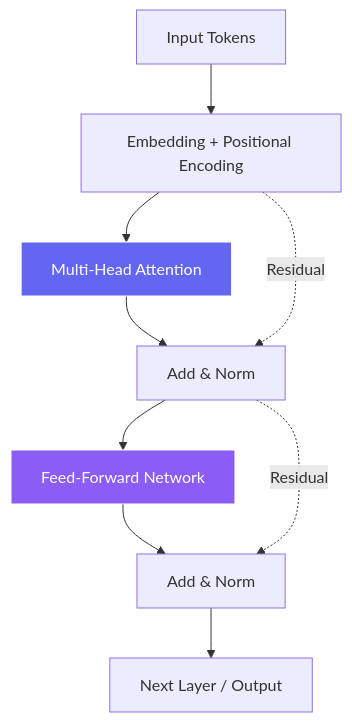
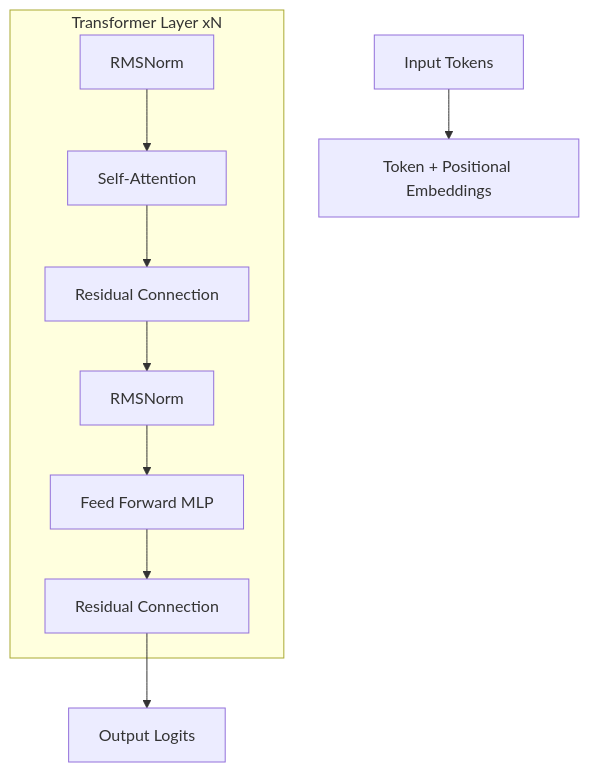
The diagram in obsidian-vault/en/ai-theory/architectures/transformer-architecture.md (russiankendricklamar/LLM-Wiki), drawn with Mermaid before and after one commit. The commit also changed other lines of this file and 68 other files, not shown here.

````diff
--- a/obsidian-vault/en/ai-theory/architectures/transformer-architecture.md
+++ b/obsidian-vault/en/ai-theory/architectures/transformer-architecture.md
@@ -43,15 +45,12 @@
 ```mermaid
 graph TD
-    X[Input Tokens] --> Emb[Embedding + Positional Encoding]
-    Emb --> Attn[Multi-Head Attention]
-    Attn --> AddNorm1[Add & Norm]
-    AddNorm1 --> FFN[Feed-Forward Network]
-    FFN --> AddNorm2[Add & Norm]
-    AddNorm2 --> Out[Next Layer / Output]
-    
-    Emb -.->|Residual| AddNorm1
-    AddNorm1 -.->|Residual| AddNorm2
-    
-    style Attn fill:#6366f1,stroke:#fff,color:#fff
-    style FFN fill:#8b5cf6,stroke:#fff,color:#fff
+    In[Input Tokens] --> Emb[Token + Positional Embeddings]
+    subgraph Block [Transformer Layer xN]
+        Norm1[RMSNorm] --> Attn[Self-Attention]
+        Attn --> Res1[Residual Connection]
+        Res1 --> Norm2[RMSNorm]
+        Norm2 --> FFN[Feed Forward MLP]
+        FFN --> Res2[Residual Connection]
+    end
+    Res2 --> Out[Output Logits]
 ```
````
